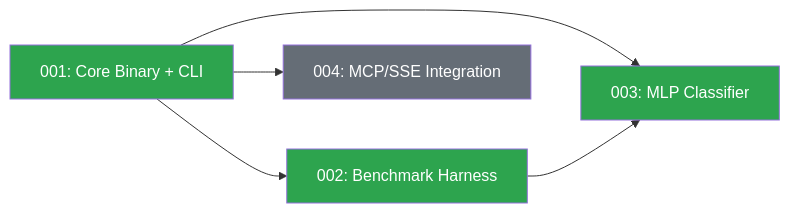
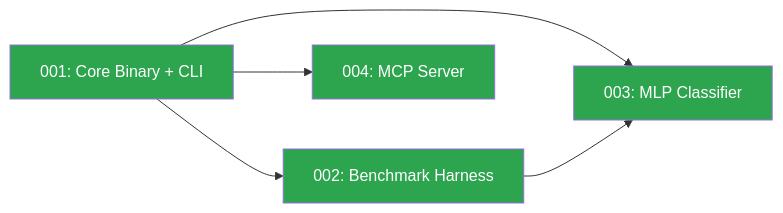
One commit to srobroek/computer-says-no changed the diagram in docs/spec-dependency-graph.md. Above: the diagram before and after it, drawn with Mermaid. The commit also changed other lines of this file and 3 other files, not shown here.

First line of the commit message:
docs: update CLAUDE.md, dep graph, justfile for MCP architecture (T023-T025, #123-#125)

````diff
--- a/docs/spec-dependency-graph.md
+++ b/docs/spec-dependency-graph.md
@@ -3,16 +3,16 @@
 ```mermaid
 graph LR
     001[001: Core Binary + CLI]:::done
     002[002: Benchmark Harness]:::done
     003[003: MLP Classifier]:::done
-    004[004: MCP/SSE Integration]:::future
+    004[004: MCP Server]:::done
 
     001 --> 002
     001 --> 003
     001 --> 004
     002 --> 003
 
     classDef done fill:#2da44e,color:#fff
     classDef ready fill:#bf8700,color:#fff
     classDef future fill:#656d76,color:#fff
 ```
````
